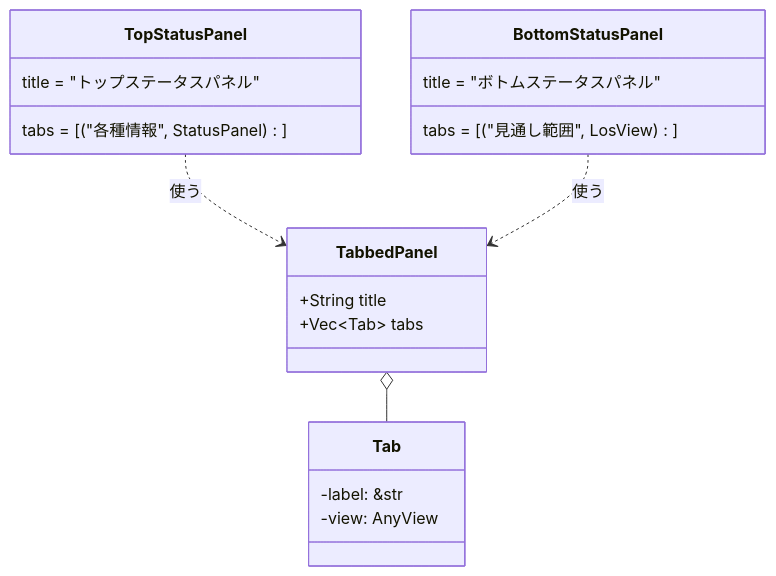
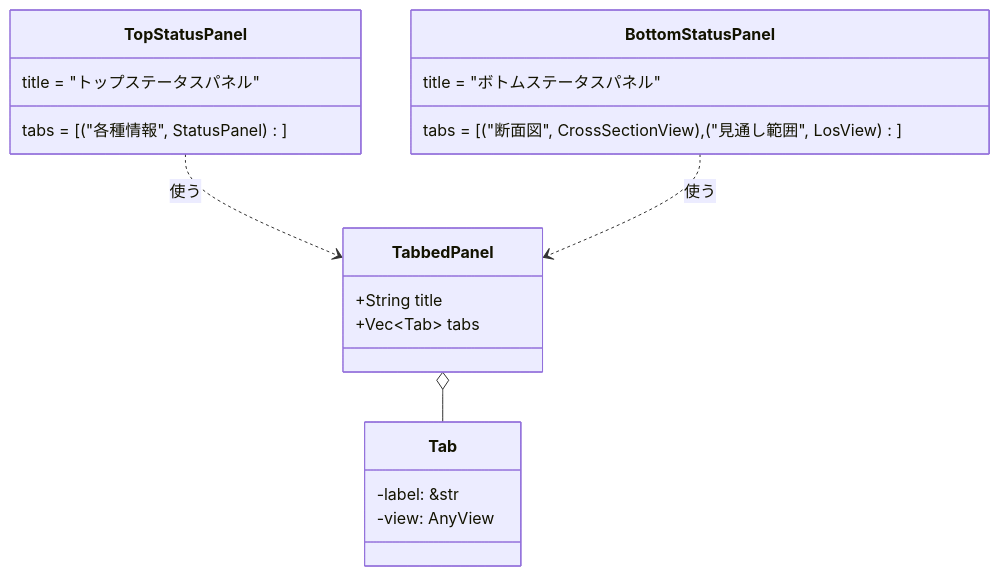
Diagram 15 of 16 in DETAILED_DESIGN.md (ham1a6/SimulationView), drawn with Mermaid before and after one commit. The commit also changed other lines of this file and 7 other files, not shown here.

First line of the commit message:
断面図タブを復活(以前の削除要望から一転、再度要望を受けて)

````diff
--- a/DETAILED_DESIGN.md
+++ b/DETAILED_DESIGN.md
@@ -1276,22 +1276,22 @@
 ```mermaid
 classDiagram
     class TabbedPanel {
         +String title
         +Vec~Tab~ tabs
     }
     class Tab {
         -label: &str
         -view: AnyView
     }
     class TopStatusPanel {
         title = "トップステータスパネル"
         tabs = [("各種情報", StatusPanel)]
     }
     class BottomStatusPanel {
         title = "ボトムステータスパネル"
-        tabs = [("見通し範囲", LosView)]
+        tabs = [("断面図", CrossSectionView), ("見通し範囲", LosView)]
     }
     TabbedPanel o-- Tab
     TopStatusPanel ..> TabbedPanel : 使う
     BottomStatusPanel ..> TabbedPanel : 使う
 ```
````
